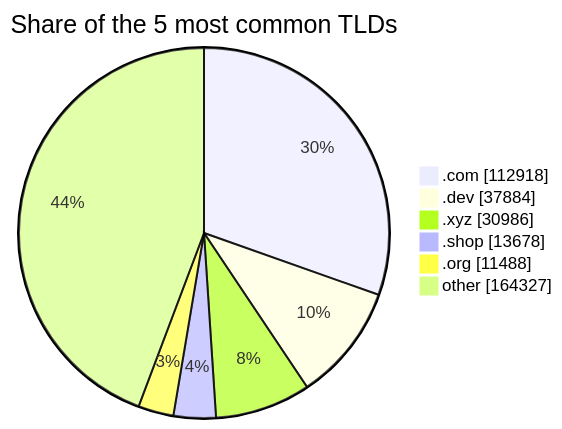
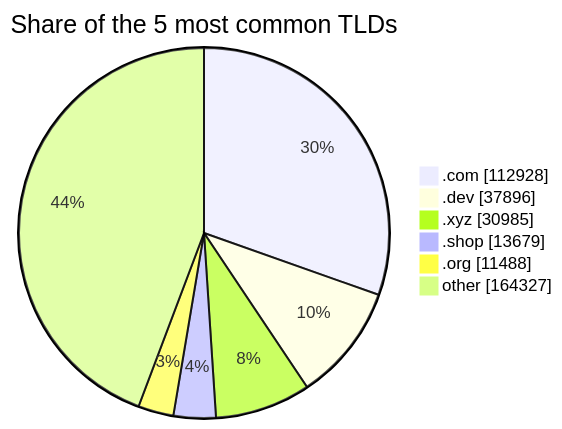
One commit to DNSBunker/CTI changed the third of 3 diagrams in README.md. Above: the diagram before and after it, drawn with Mermaid. The commit also changed other lines of this file and 3 other files, not shown here.

````diff
--- a/README.md
+++ b/README.md
@@ -81,9 +81,9 @@
 ```mermaid
 pie showData title Share of the 5 most common TLDs
-    ".com" : 112918
-    ".dev" : 37884
-    ".xyz" : 30986
-    ".shop" : 13678
+    ".com" : 112928
+    ".dev" : 37896
+    ".xyz" : 30985
+    ".shop" : 13679
     ".org" : 11488
     "other" : 164327
 ```
````
